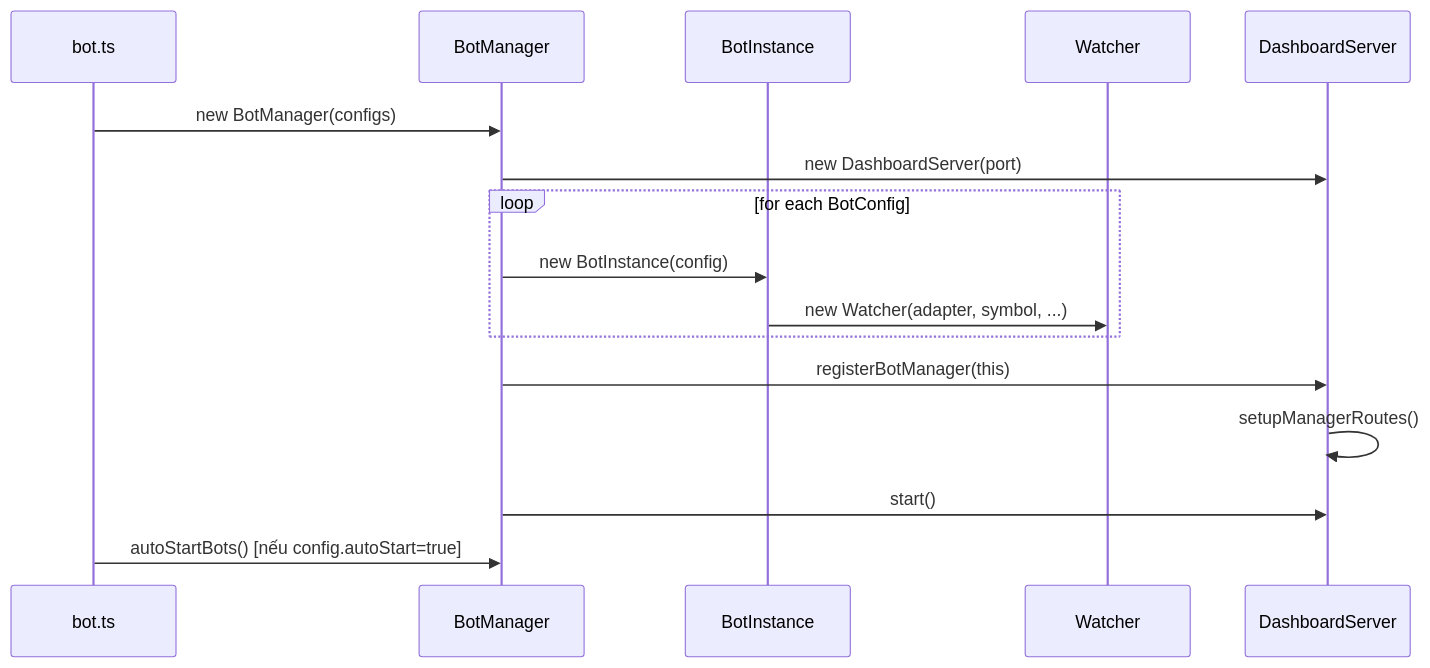
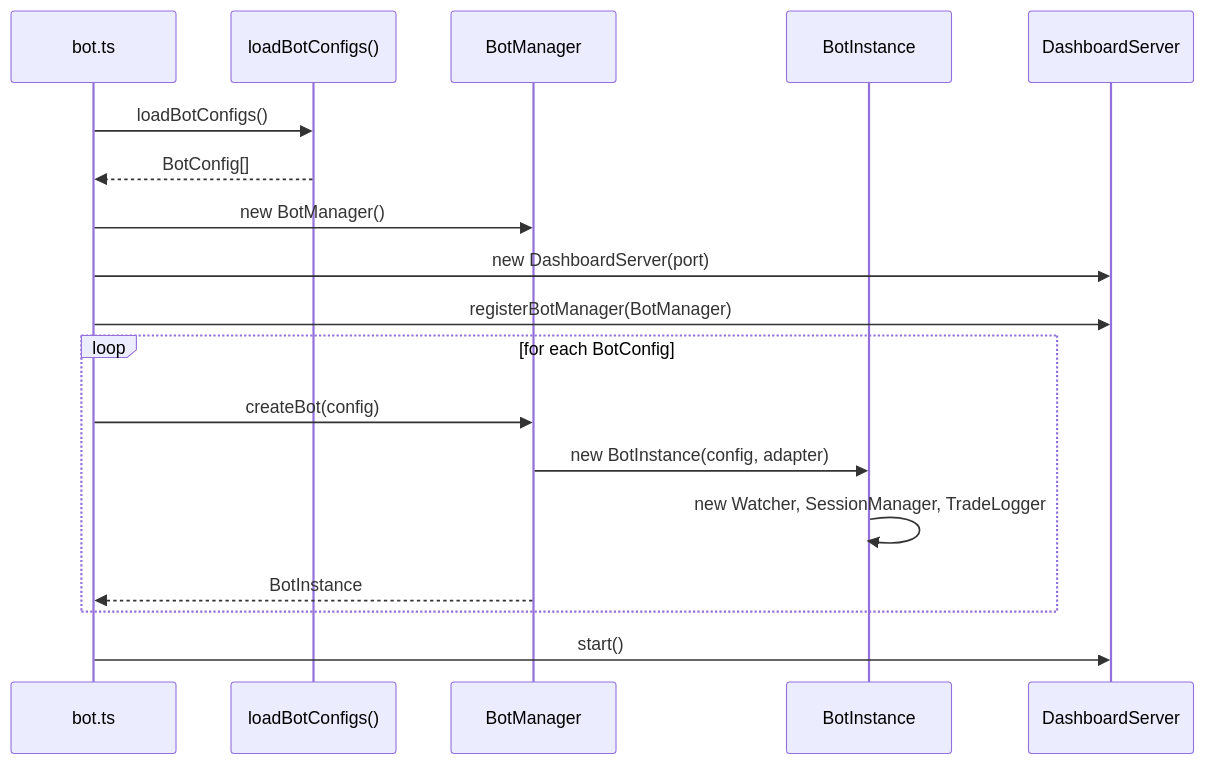
Before and after one commit to lthuangiang/apex: the second of 4 diagrams in .kiro/specs/multi-bot-manager/design.md, drawn with Mermaid. The commit also changed other lines of this file and 4 other files, not shown here.

````diff
--- a/.kiro/specs/multi-bot-manager/design.md
+++ b/.kiro/specs/multi-bot-manager/design.md
@@ -66,19 +72,23 @@
 ```mermaid
 sequenceDiagram
     participant Entry as bot.ts
+    participant Loader as loadBotConfigs()
     participant BM as BotManager
     participant BI as BotInstance
-    participant W as Watcher
     participant DS as DashboardServer
 
-    Entry->>BM: new BotManager(configs)
-    BM->>DS: new DashboardServer(port)
+    Entry->>Loader: loadBotConfigs()
+    Loader-->>Entry: BotConfig[]
+    Entry->>BM: new BotManager()
+    Entry->>DS: new DashboardServer(port)
+    Entry->>DS: registerBotManager(BotManager)
+    
     loop for each BotConfig
-        BM->>BI: new BotInstance(config)
-        BI->>W: new Watcher(adapter, symbol, ...)
+        Entry->>BM: createBot(config)
+        BM->>BI: new BotInstance(config, adapter)
+        BI->>BI: new Watcher, SessionManager, TradeLogger
+        BM-->>Entry: BotInstance
     end
-    BM->>DS: registerBotManager(this)
-    DS->>DS: setupManagerRoutes()
-    BM->>DS: start()
-    Entry->>BM: autoStartBots() [nếu config.autoStart=true]
+    
+    Entry->>DS: start()
 ```
````
